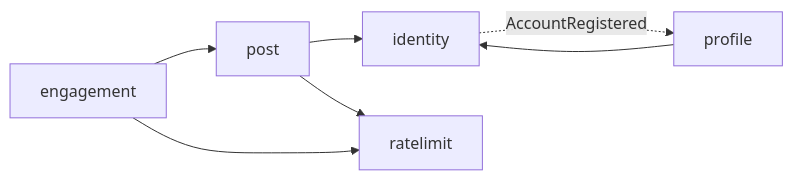
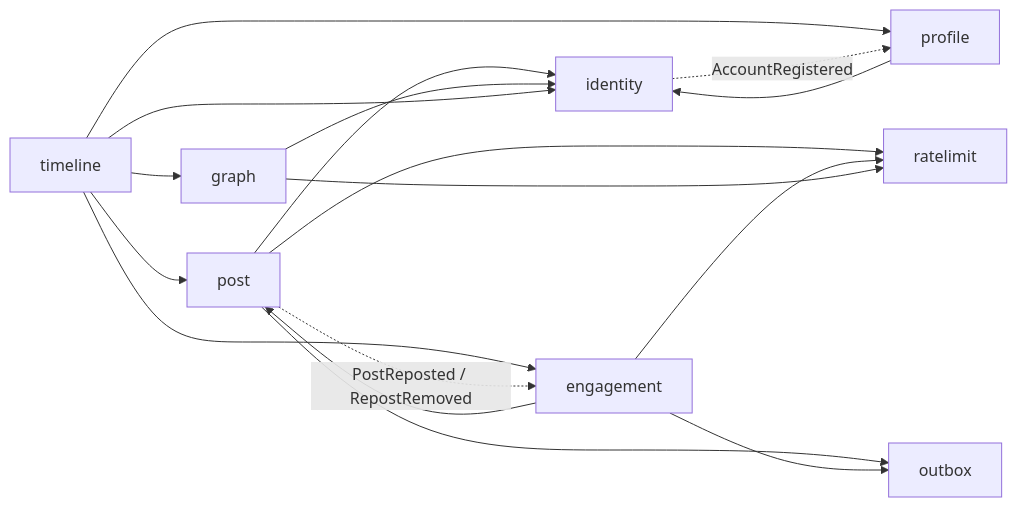
Before and after one commit to leviberga/bafafa-social: the diagram in README.md, drawn with Mermaid. The commit also changed other lines of this file, not shown here.

Commit message:
docs: README com outbox, reposts, grafo, timeline e CORS

````diff
--- a/README.md
+++ b/README.md
@@ -28,9 +29,19 @@
 ```mermaid
 flowchart LR
     post --> identity
     post --> ratelimit
+    post --> outbox
     engagement --> post
     engagement --> ratelimit
+    engagement --> outbox
+    social["graph"] --> identity
+    social --> ratelimit
     profile --> identity
+    timeline --> social
+    timeline --> post
+    timeline --> profile
+    timeline --> engagement
+    timeline --> identity
     identity -. AccountRegistered .-> profile
+    post -. PostReposted / RepostRemoved .-> engagement
 ```
````
